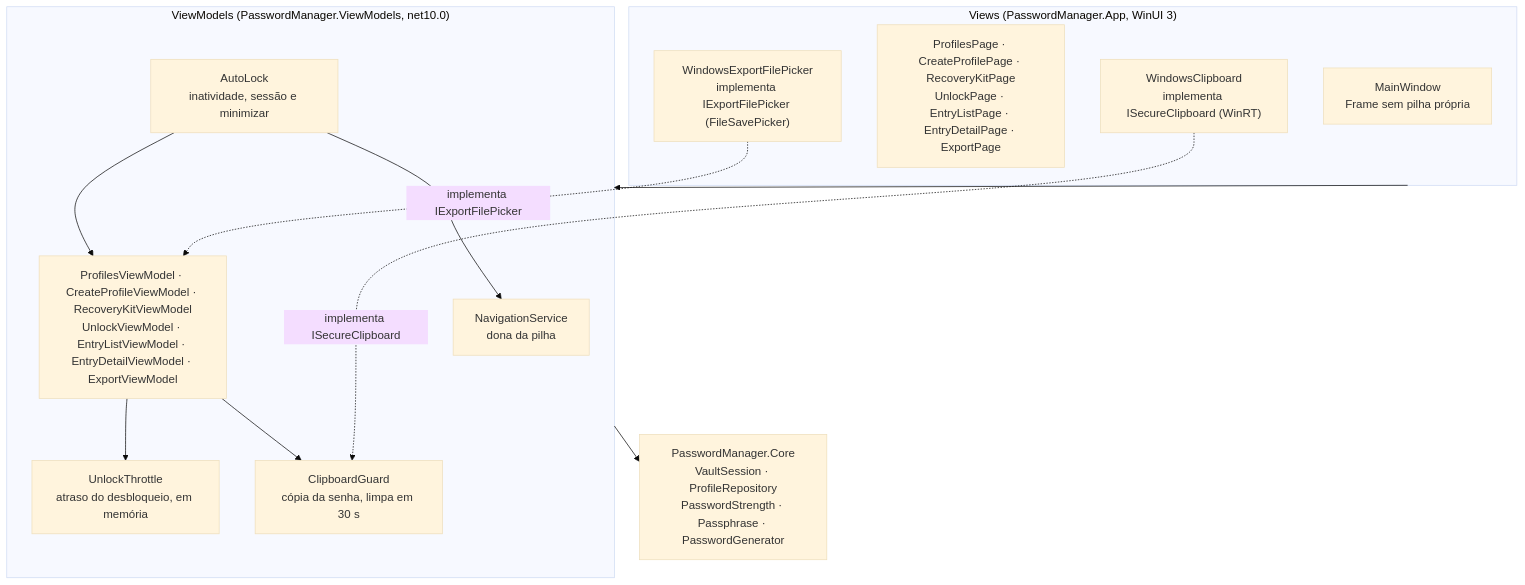
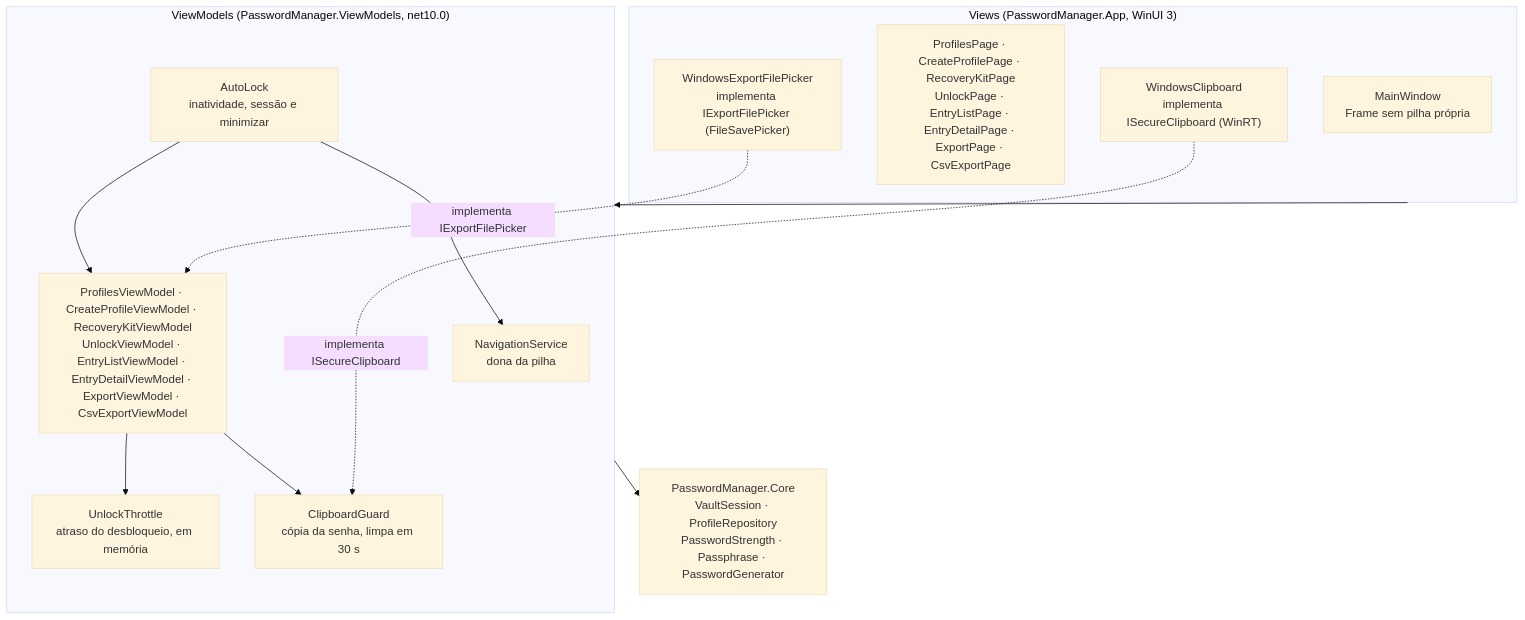
One commit to lucas-llb/passwordManagement changed the sixth of 7 diagrams in docs/architecture.md. Above: the diagram before and after it, drawn with Mermaid (base theme). The commit also changed other lines of this file and 26 other files, not shown here.

First line of the commit message:
Add plaintext CSV export behind the export page (W-24)

````diff
--- a/docs/architecture.md
+++ b/docs/architecture.md
@@ -373,24 +392,24 @@
 ```mermaid
 flowchart TB
     subgraph Views["Views (PasswordManager.App, WinUI 3)"]
         MW["MainWindow<br/>Frame sem pilha própria"]
-        PG["ProfilesPage · CreateProfilePage · RecoveryKitPage<br/>UnlockPage · EntryListPage · EntryDetailPage · ExportPage"]
+        PG["ProfilesPage · CreateProfilePage · RecoveryKitPage<br/>UnlockPage · EntryListPage · EntryDetailPage · ExportPage · CsvExportPage"]
         CB["WindowsClipboard<br/>implementa ISecureClipboard (WinRT)"]
         FP["WindowsExportFilePicker<br/>implementa IExportFilePicker (FileSavePicker)"]
     end
     subgraph VMs["ViewModels (PasswordManager.ViewModels, net10.0)"]
         NS["NavigationService<br/>dona da pilha"]
-        VM["ProfilesViewModel · CreateProfileViewModel · RecoveryKitViewModel<br/>UnlockViewModel · EntryListViewModel · EntryDetailViewModel · ExportViewModel"]
+        VM["ProfilesViewModel · CreateProfileViewModel · RecoveryKitViewModel<br/>UnlockViewModel · EntryListViewModel · EntryDetailViewModel · ExportViewModel · CsvExportViewModel"]
         UT["UnlockThrottle<br/>atraso do desbloqueio, em memória"]
         VM --> UT
         CG["ClipboardGuard<br/>cópia da senha, limpa em 30 s"]
         VM --> CG
         AL["AutoLock<br/>inatividade, sessão e minimizar"]
         AL --> NS
         AL --> VM
     end
     CORE["PasswordManager.Core<br/>VaultSession · ProfileRepository<br/>PasswordStrength · Passphrase · PasswordGenerator"]
     Views --> VMs --> CORE
     CB -.->|"implementa ISecureClipboard"| CG
     FP -.->|"implementa IExportFilePicker"| VM
 ```
````
